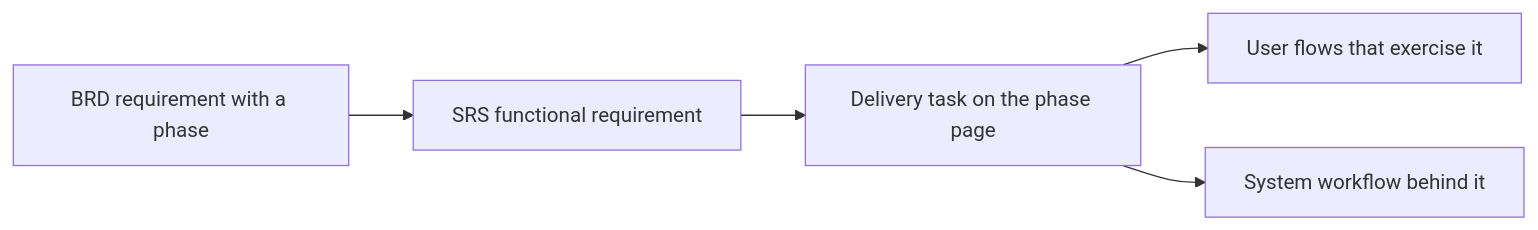
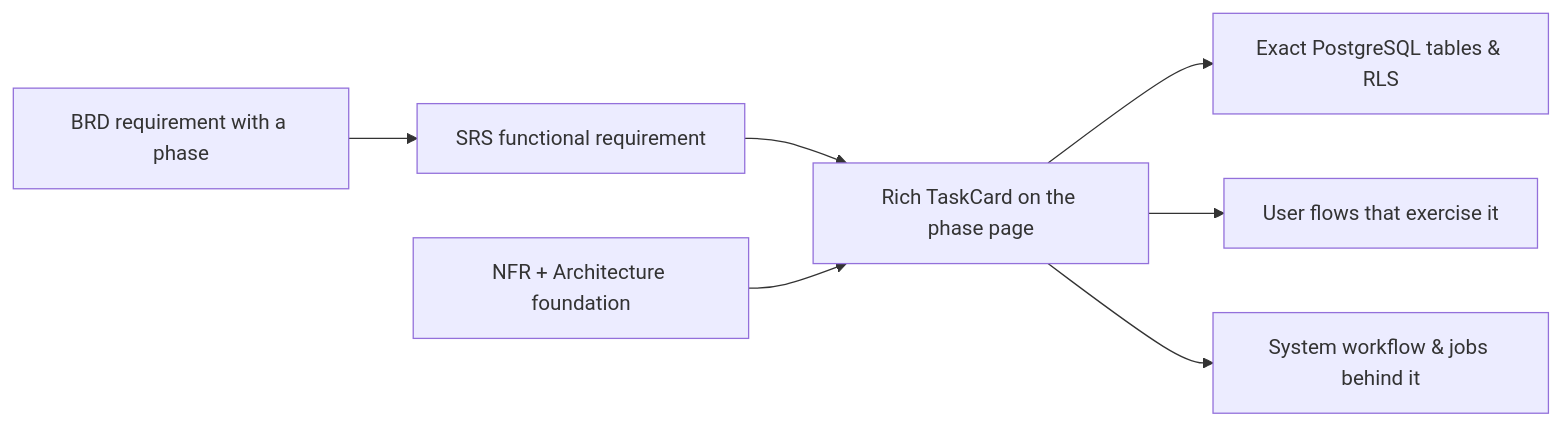
Before and after one commit to mohamedhabibwork/trips-enjoy-docs: the first of 2 diagrams in content/docs/plan/index.mdx, drawn with Mermaid. The commit also changed other lines of this file and 214 other files, not shown here.

First line of the commit message:
feat(docs): upgrade documentation platform with bilingual tasks, mindmaps, end-to-end system and recommendations

````diff
--- a/content/docs/plan/index.mdx
+++ b/content/docs/plan/index.mdx
@@ -11,7 +53,9 @@
 ```mermaid
 flowchart LR
     BR["BRD requirement with a phase"] --> FR["SRS functional requirement"]
-    FR --> T["Delivery task on the phase page"]
+    FR --> T["Rich TaskCard on the phase page"]
+    PLAT["NFR + Architecture foundation"] --> T
+    T --> ERD["Exact PostgreSQL tables & RLS"]
     T --> UF["User flows that exercise it"]
-    T --> WS["System workflow behind it"]
+    T --> WS["System workflow & jobs behind it"]
 ```
````
